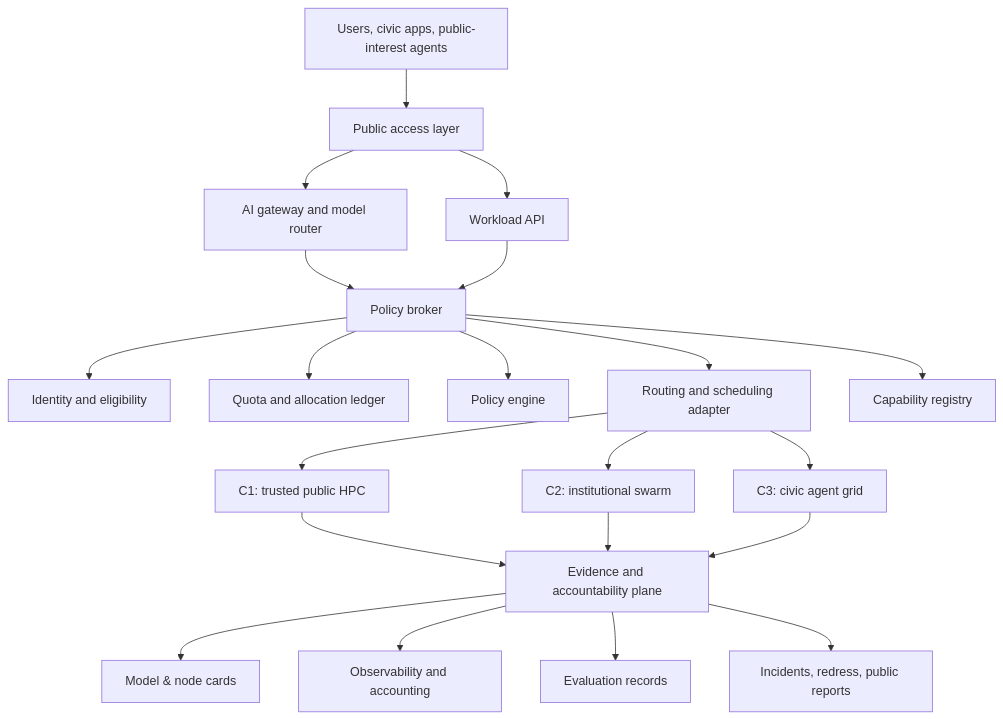
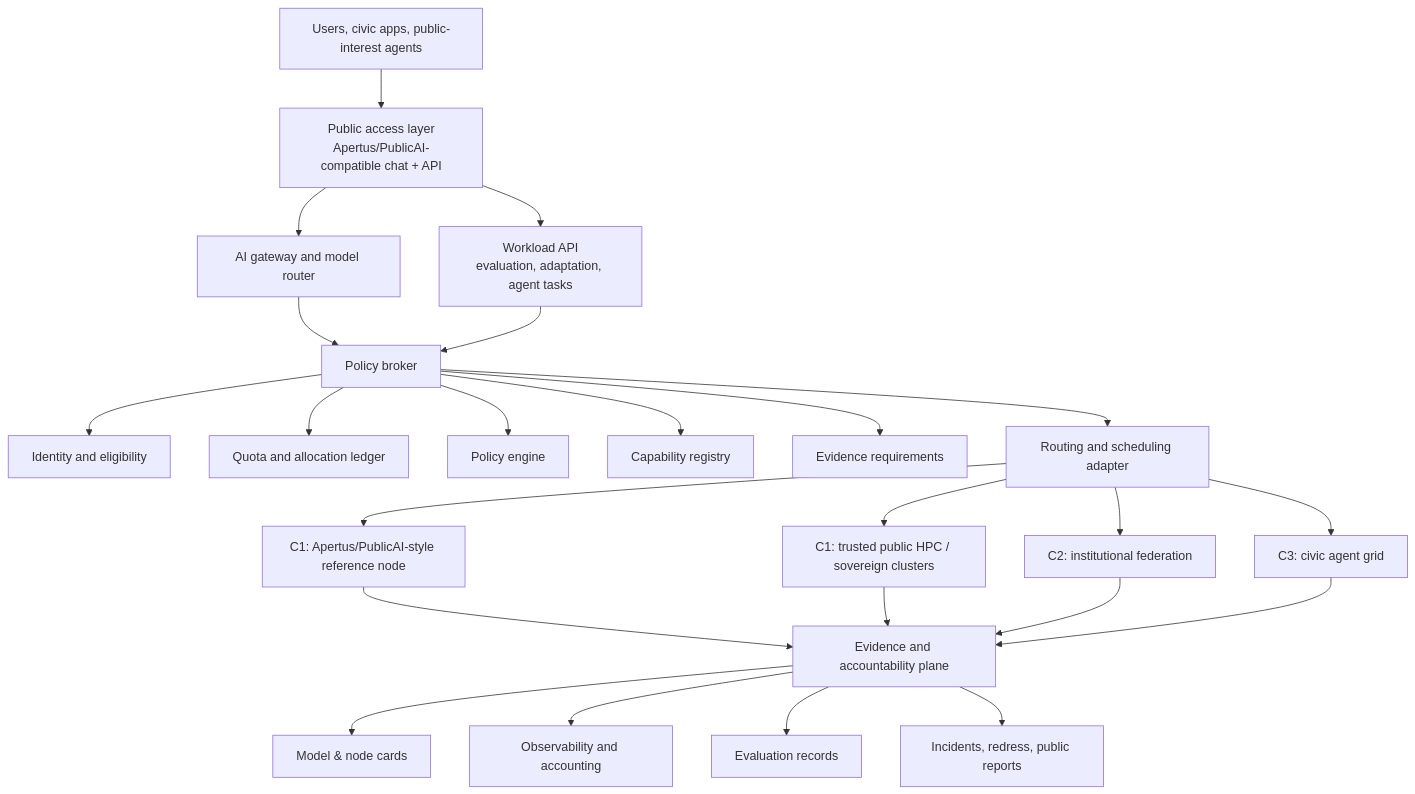
One commit to robertschaub/our-ai-charter changed the second of 2 diagrams in docs/Public AI Network/Strategy/federated-public-compute-architecture.md. Above: the diagram before and after it, drawn with Mermaid. The commit also changed other lines of this file and 2 other files, not shown here.

Commit message:
docs(compute): add Apertus-first architecture diagrams

````diff
--- a/docs/Public AI Network/Strategy/federated-public-compute-architecture.md
+++ b/docs/Public AI Network/Strategy/federated-public-compute-architecture.md
@@ -74,23 +108,26 @@
 ```mermaid
 flowchart TB
-  U["Users, civic apps, public-interest agents"] --> A["Public access layer"]
+  U["Users, civic apps, public-interest agents"] --> A["Public access layer<br/>Apertus/PublicAI-compatible chat + API"]
   A --> G["AI gateway and model router"]
-  A --> W["Workload API"]
+  A --> W["Workload API<br/>evaluation, adaptation, agent tasks"]
   G --> B["Policy broker"]
   W --> B
   B --> I["Identity and eligibility"]
   B --> Q["Quota and allocation ledger"]
   B --> P["Policy engine"]
+  B --> C["Capability registry"]
+  B --> Z["Evidence requirements"]
   B --> R["Routing and scheduling adapter"]
-  B --> C["Capability registry"]
-  R --> N1["C1: trusted public HPC"]
-  R --> N2["C2: institutional swarm"]
+  R --> N0["C1: Apertus/PublicAI-style reference node"]
+  R --> N1["C1: trusted public HPC / sovereign clusters"]
+  R --> N2["C2: institutional federation"]
   R --> N3["C3: civic agent grid"]
+  N0 --> E["Evidence and accountability plane"]
   N1 --> E["Evidence and accountability plane"]
   N2 --> E
   N3 --> E
   E --> M["Model & node cards"]
   E --> O["Observability and accounting"]
   E --> V["Evaluation records"]
   E --> X["Incidents, redress, public reports"]
 ```
````
